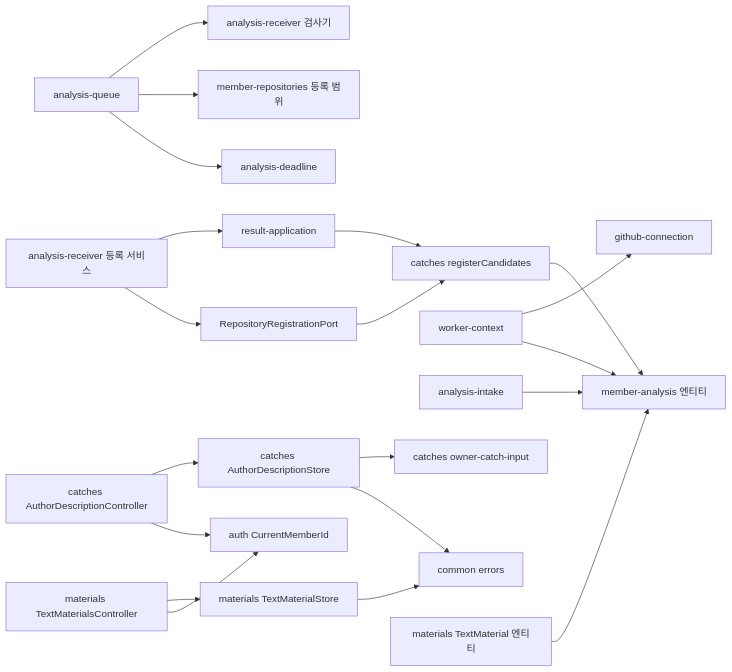
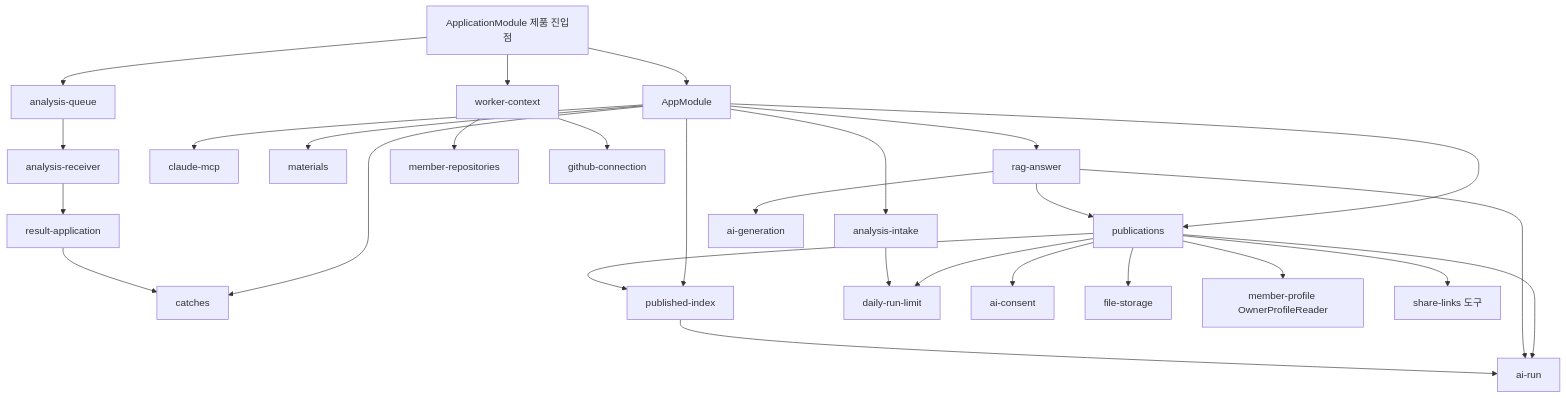
One commit to JminAILab/CatchU changed the diagram in aidlc/spaces/default/codekb/CatchU/dependencies.md. Above: the diagram before and after it, drawn with Mermaid. The commit also changed other lines of this file and 12 other files, not shown here.

````diff
--- a/aidlc/spaces/default/codekb/CatchU/dependencies.md
+++ b/aidlc/spaces/default/codekb/CatchU/dependencies.md
@@ -66,22 +19,30 @@
 ```mermaid
-flowchart LR
-  AQ["analysis-queue"] --> AR["analysis-receiver 검사기"]
-  AQ --> MR["member-repositories 등록 범위"]
-  AQ --> AD["analysis-deadline"]
-  ARS["analysis-receiver 등록 서비스"] --> RA["result-application"]
-  ARS --> RRP["RepositoryRegistrationPort"]
-  RRP --> CS["catches registerCandidates"]
-  RA --> CS
-  WC["worker-context"] --> GHC["github-connection"]
-  WC --> MA["member-analysis 엔티티"]
-  AI["analysis-intake"] --> MA
-  CS --> MA
-  ADS["catches AuthorDescriptionStore"] --> OCI["catches owner-catch-input"]
-  ADS --> ERR["common errors"]
-  ADC["catches AuthorDescriptionController"] --> ADS
-  ADC --> AUTH["auth CurrentMemberId"]
-  TMS["materials TextMaterialStore"] --> ERR
-  TMC["materials TextMaterialsController"] --> TMS
-  TMC --> AUTH
-  TME["materials TextMaterial 엔티티"] --> MA
+flowchart TD
+  APP["AppModule"] --> CAT["catches"]
+  APP --> PUB["publications"]
+  APP --> RAG["rag-answer"]
+  APP --> IDX["published-index"]
+  APP --> MCP["claude-mcp"]
+  APP --> MAT["materials"]
+  APP --> INT["analysis-intake"]
+  PROD["ApplicationModule 제품 진입점"] --> APP
+  PROD --> WCTX["worker-context"]
+  PROD --> AQ["analysis-queue"]
+  AQ --> RECV["analysis-receiver"]
+  RECV --> RES["result-application"]
+  RES --> CAT
+  PUB --> IDX
+  PUB --> RUN["ai-run"]
+  PUB --> DRL["daily-run-limit"]
+  PUB --> CON["ai-consent"]
+  PUB --> FS["file-storage"]
+  PUB --> OPR["member-profile OwnerProfileReader"]
+  PUB --> SL["share-links 도구"]
+  RAG --> PUB
+  RAG --> GATE["ai-generation"]
+  RAG --> RUN
+  IDX --> RUN
+  INT --> DRL
+  WCTX --> MR["member-repositories"]
+  WCTX --> GHC["github-connection"]
 ```
````
